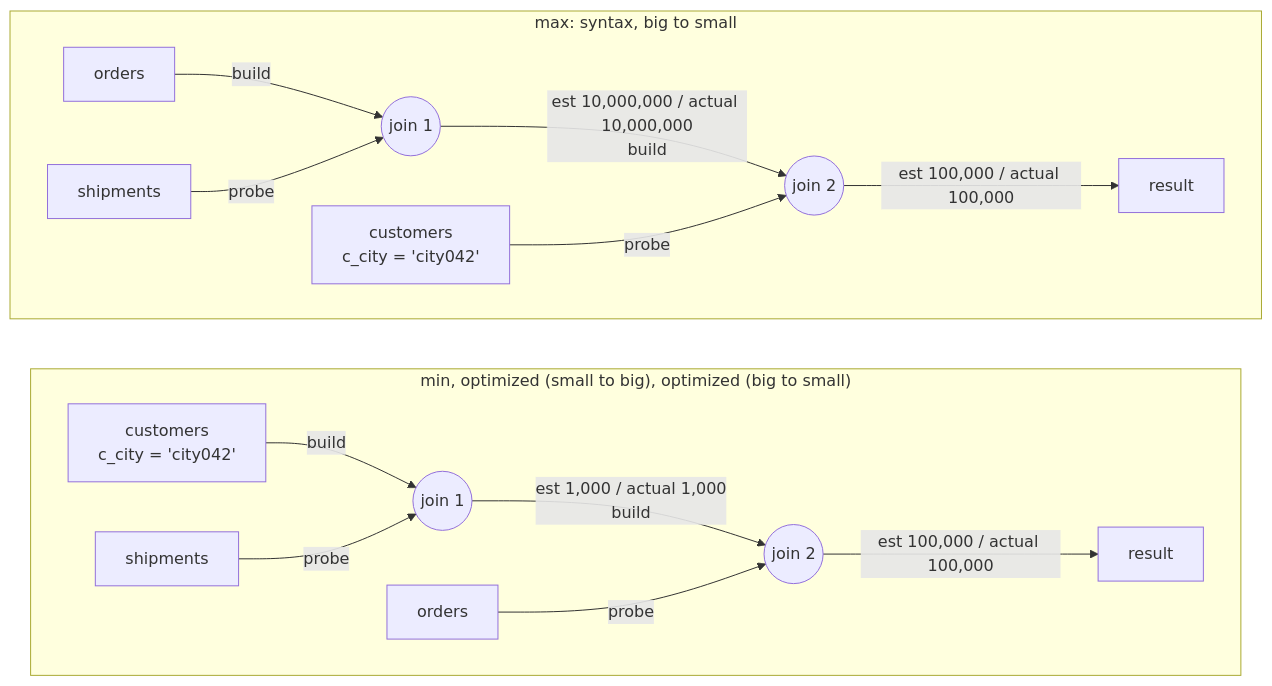
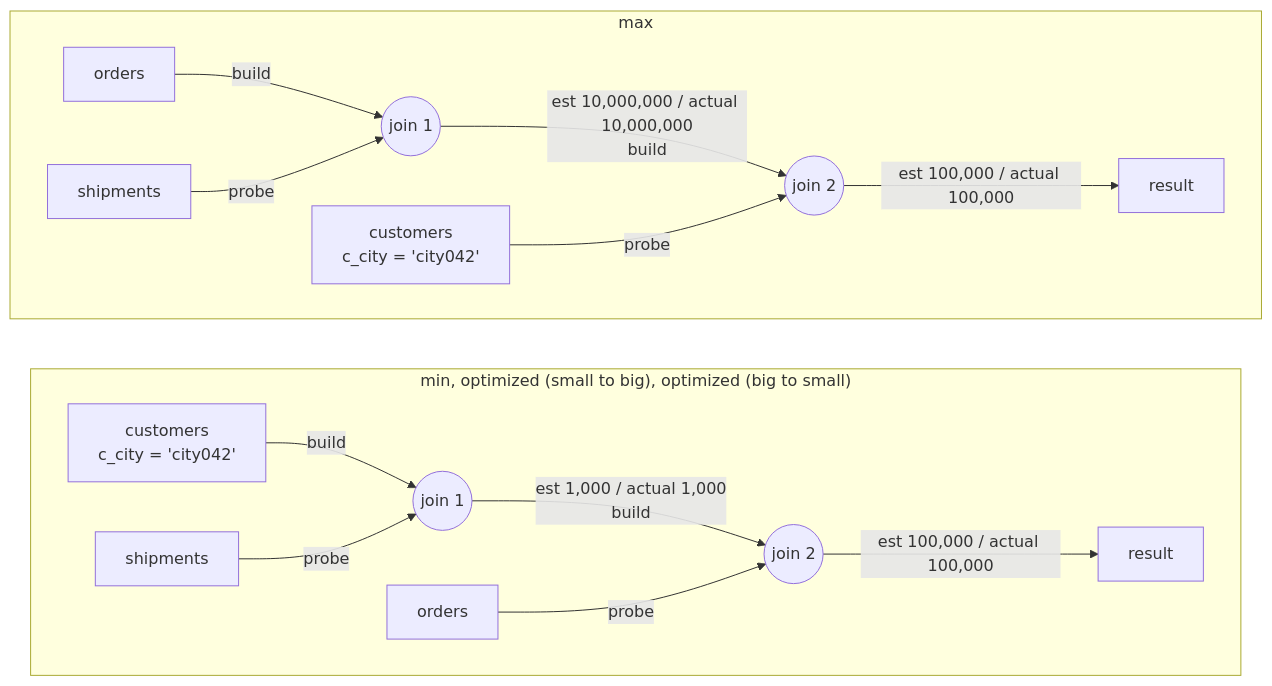
One commit to julianefalsig/datasys-engine-TheQueryCrew changed the diagram in experiments/project_3/results/joins.md. Above: the diagram before and after it, drawn with Mermaid. The commit also changed 3 other files, not shown here.

````diff
--- a/experiments/project_3/results/joins.md
+++ b/experiments/project_3/results/joins.md
@@ -19,20 +21,19 @@
 ```mermaid
 flowchart LR
-    subgraph good["min, optimized (small to big), optimized (big to small)"]
+    subgraph plan1["min, optimized (small to big), optimized (big to small)"]
         direction LR
-        c1["customers<br/>c_city = 'city042'"] -->|"build"| j1(("join 1"))
-        s1["shipments"] -->|"probe"| j1
-        j1 -->|"est 1,000 / actual 1,000<br/>build"| j2(("join 2"))
-        o1["orders"] -->|"probe"| j2
-        j2 -->|"est 100,000 / actual 100,000"| r1["result"]
+        plan1_customers["customers<br/>c_city = 'city042'"] -->|"build"| plan1_j1(("join 1"))
+        plan1_shipments["shipments"] -->|"probe"| plan1_j1
+        plan1_j1 -->|"est 1,000 / actual 1,000<br/>build"| plan1_j2(("join 2"))
+        plan1_orders["orders"] -->|"probe"| plan1_j2
+        plan1_j2 -->|"est 100,000 / actual 100,000"| plan1_result["result"]
     end
-
-    subgraph bad["max: syntax, big to small"]
+    subgraph plan2["max"]
         direction LR
-        o2["orders"] -->|"build"| k1(("join 1"))
-        s2["shipments"] -->|"probe"| k1
-        k1 -->|"est 10,000,000 / actual 10,000,000<br/>build"| k2(("join 2"))
-        c2["customers<br/>c_city = 'city042'"] -->|"probe"| k2
-        k2 -->|"est 100,000 / actual 100,000"| r2["result"]
+        plan2_orders["orders"] -->|"build"| plan2_j1(("join 1"))
+        plan2_shipments["shipments"] -->|"probe"| plan2_j1
+        plan2_j1 -->|"est 10,000,000 / actual 10,000,000<br/>build"| plan2_j2(("join 2"))
+        plan2_customers["customers<br/>c_city = 'city042'"] -->|"probe"| plan2_j2
+        plan2_j2 -->|"est 100,000 / actual 100,000"| plan2_result["result"]
     end
 ```
````
